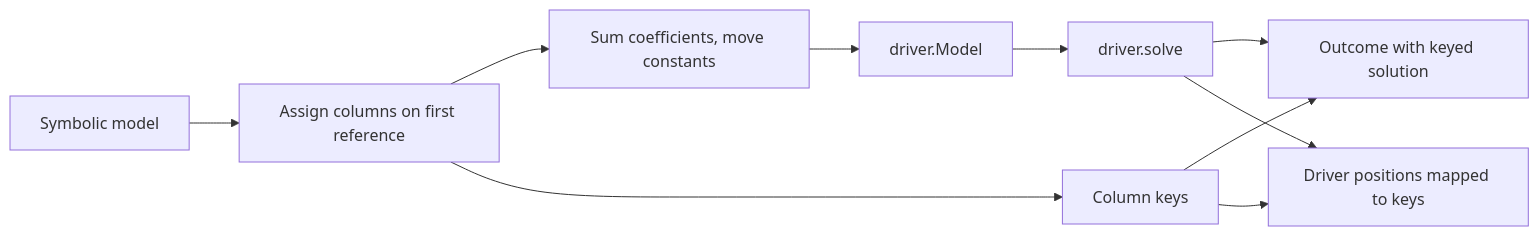
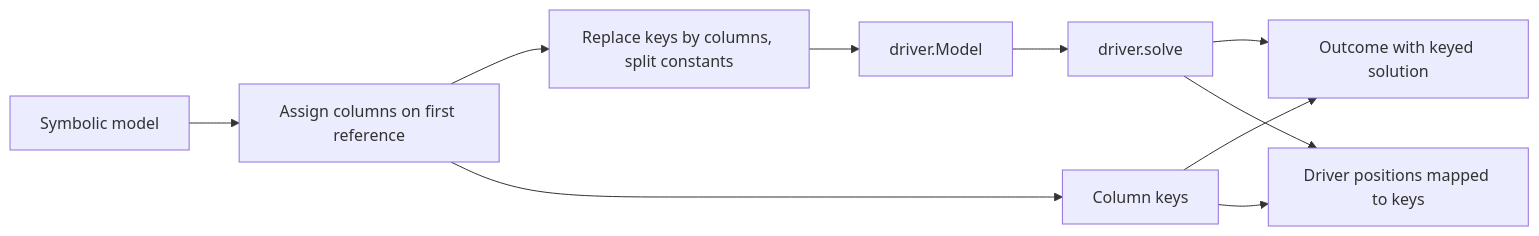
One commit to heinosoo/vahvel changed the second of 2 diagrams in ARCHITECTURE.md. Above: the diagram before and after it, drawn with Mermaid. The commit also changed other lines of this file and 7 other files, not shown here.

````diff
--- a/ARCHITECTURE.md
+++ b/ARCHITECTURE.md
@@ -56,12 +56,12 @@
 ```mermaid
 flowchart LR
   A[Symbolic model] --> B[Assign columns on first reference]
-  B --> C[Sum coefficients, move constants]
+  B --> C[Replace keys by columns, split constants]
   C --> D[driver.Model]
   B --> E[Column keys]
   D --> F[driver.solve]
   F --> G[Outcome with keyed solution]
   E --> G
   E --> H[Driver positions mapped to keys]
   F --> H
 ```
````
